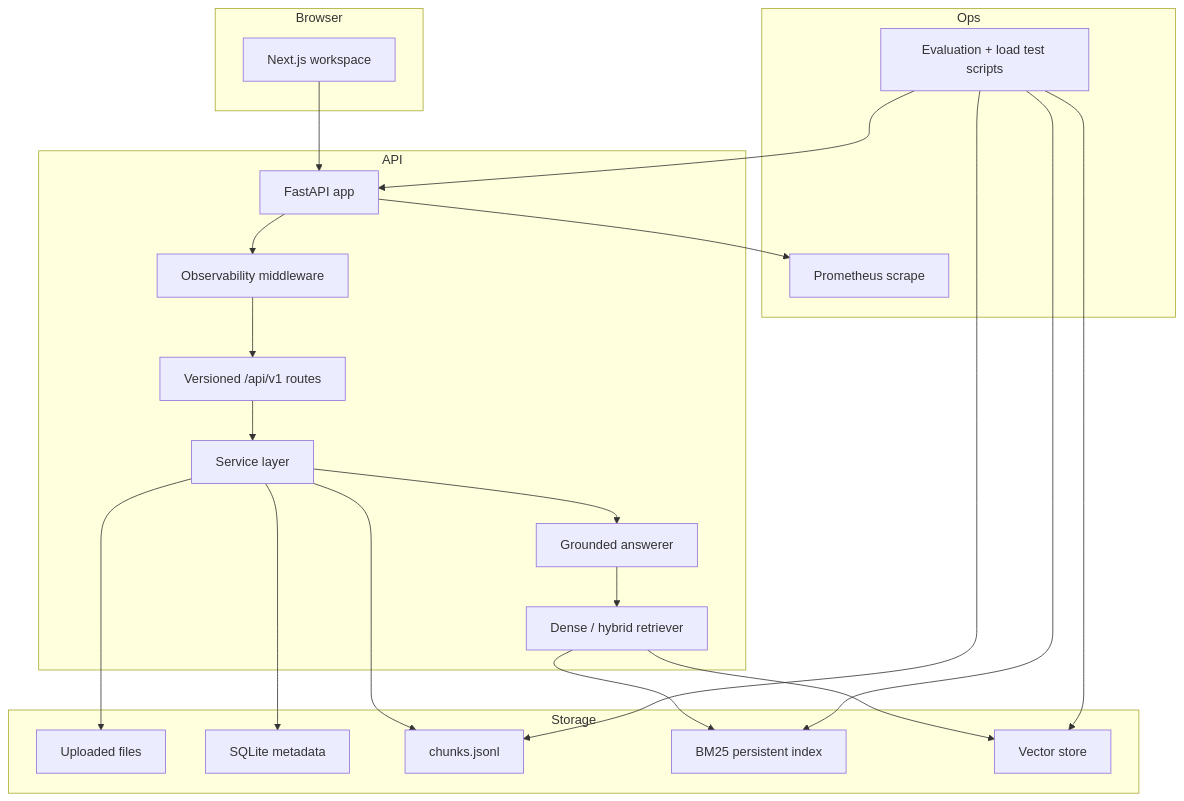
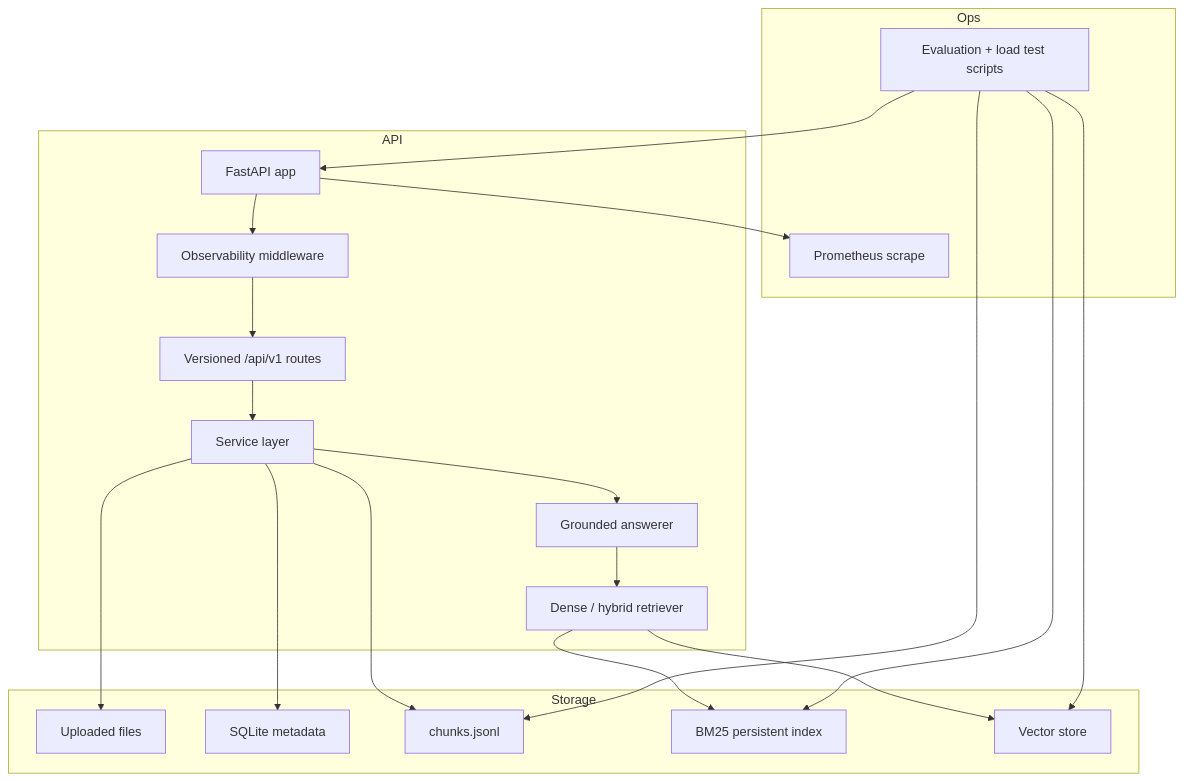
The diagram in docs/architecture.md (PritheevLingeswaran/production-rag-system), drawn with Mermaid before and after one commit. The commit also changed other lines of this file and 59 other files, not shown here.

````diff
--- a/docs/architecture.md
+++ b/docs/architecture.md
@@ -19,45 +19,40 @@
 ```mermaid
 flowchart TD
-  subgraph Browser
-    UI[Next.js workspace]
-  end
-
   subgraph API
     APP[FastAPI app]
     MID[Observability middleware]
     ROUTES[Versioned /api/v1 routes]
     SERVICES[Service layer]
     ANSWERER[Grounded answerer]
     RETRIEVER[Dense / hybrid retriever]
   end
 
   subgraph Storage
     FILES[Uploaded files]
     SQLITE[SQLite metadata]
     CHUNKS[chunks.jsonl]
     BM25[BM25 persistent index]
     VECTOR[Vector store]
   end
 
   subgraph Ops
     PROM[Prometheus scrape]
     EVAL[Evaluation + load test scripts]
   end
 
-  UI --> APP
   APP --> MID
   MID --> ROUTES
   ROUTES --> SERVICES
   SERVICES --> SQLITE
   SERVICES --> FILES
   SERVICES --> ANSWERER
   ANSWERER --> RETRIEVER
   RETRIEVER --> BM25
   RETRIEVER --> VECTOR
   SERVICES --> CHUNKS
   APP --> PROM
   EVAL --> APP
   EVAL --> CHUNKS
   EVAL --> BM25
   EVAL --> VECTOR
 ```
````
